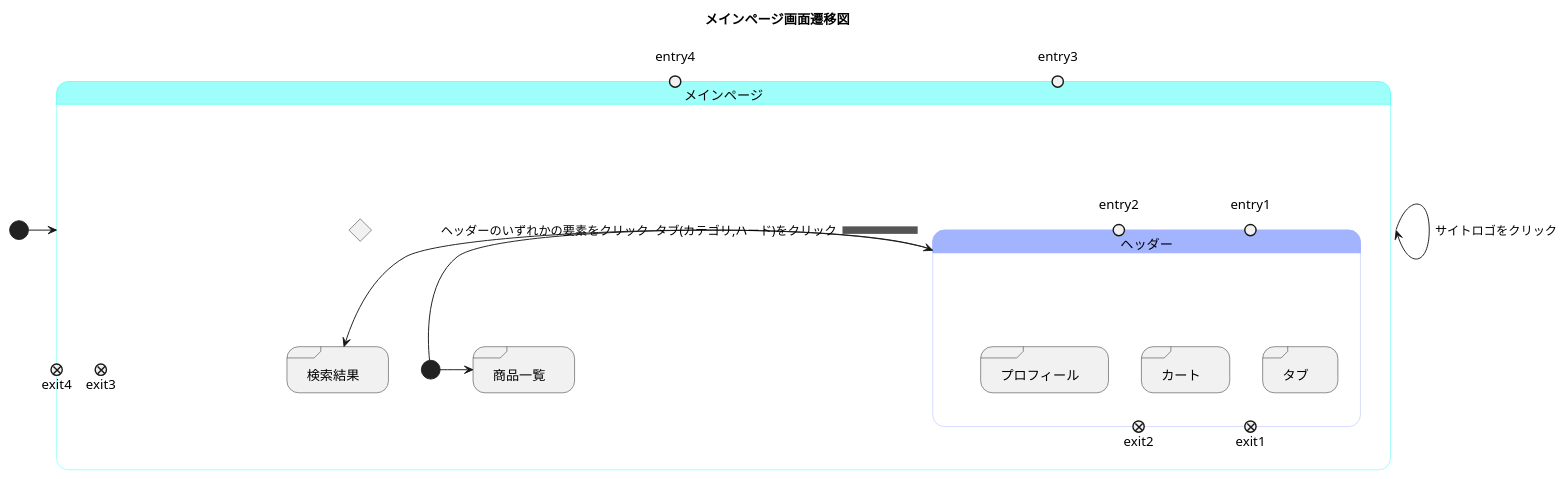
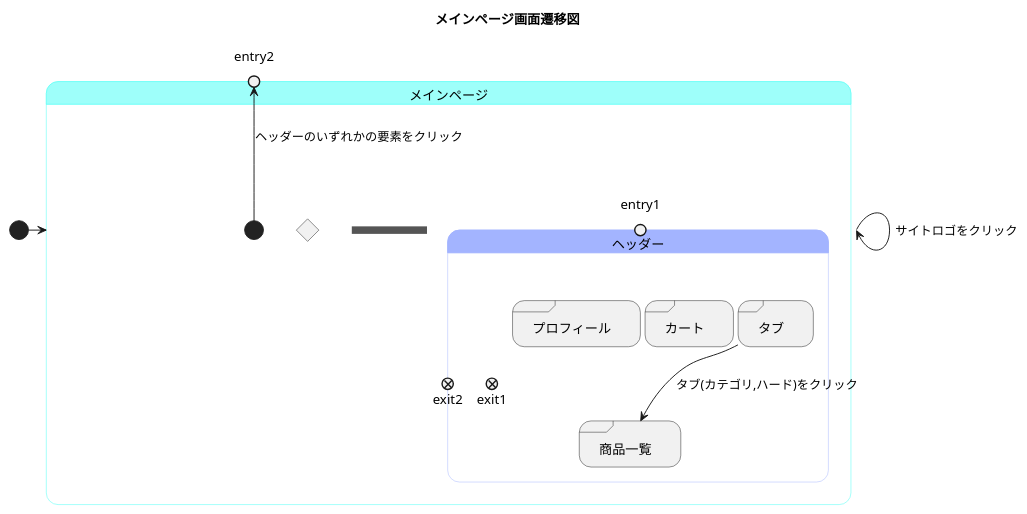
Before and after one commit to akutori/T-D-E: the diagram in メインページ.md, drawn with PlantUML.

Commit message:
追記と修正

````diff
--- a/メインページ.md
+++ b/メインページ.md
@@ -1,41 +1,36 @@
 ```uml
 @startuml
 title メインページ画面遷移図
 
 [*]->メインページ
 state メインページ<<mainpage>>{
     state join_header <<join>>
     state ifinputmain <<choice>>
 
-    state "検索結果" as serch <<sdlreceive>>
-    state "商品一覧" as goods<<sdlreceive>>
+    メインページ -> メインページ : サイトロゴをクリック
+    [*]-->entry2 : ヘッダーのいずれかの要素をクリック
 
-    state entry3<<entryPoint>>
-    state entry4<<entryPoint>>
+    state ヘッダー<<state_headder>>{
+        state "タブ" as tab <<sdlreceive>>
+        state "カート" as cart <<sdlreceive>>
+        state "プロフィール" as profile <<sdlreceive>>
+        state "商品一覧" as goods<<sdlreceive>>
+        state entry1<<entryPoint>>
+        state entry2<<entryPoint>>
+        state exit1<<exitPoint>>
+        state exit2<<exitPoint>>
 
-    state exit3<<exitPoint>>
-    state exit4<<exitPoint>>
+        tab -->goods : タブ(カテゴリ,ハード)をクリック
 
-    [*]->goods
-    メインページ -> メインページ : サイトロゴをクリック
-    [*]-> ヘッダー : ヘッダーのいずれかの要素をクリック
-    ヘッダー->serch :タブ(カテゴリ,ハード)をクリック
-    state ヘッダー<<state_headder>>{
-    state "タブ" as tab <<sdlreceive>>
-    state "カート" as cart <<sdlreceive>>
-    state "プロフィール" as profile <<sdlreceive>>
-    state entry1<<entryPoint>>
-    state entry2<<entryPoint>>
-    state exit1<<exitPoint>>
-    state exit2<<exitPoint>>
-}
+
+    }
 }
 
 
 skinparam stateBorderColor<<mainpage>> #40fff5
 state メインページ #9efffa
 
 skinparam stateBorderColor<<state_headder>> #a3b4ff
 state ヘッダー #a3b4ff
 @enduml
 ```
````
